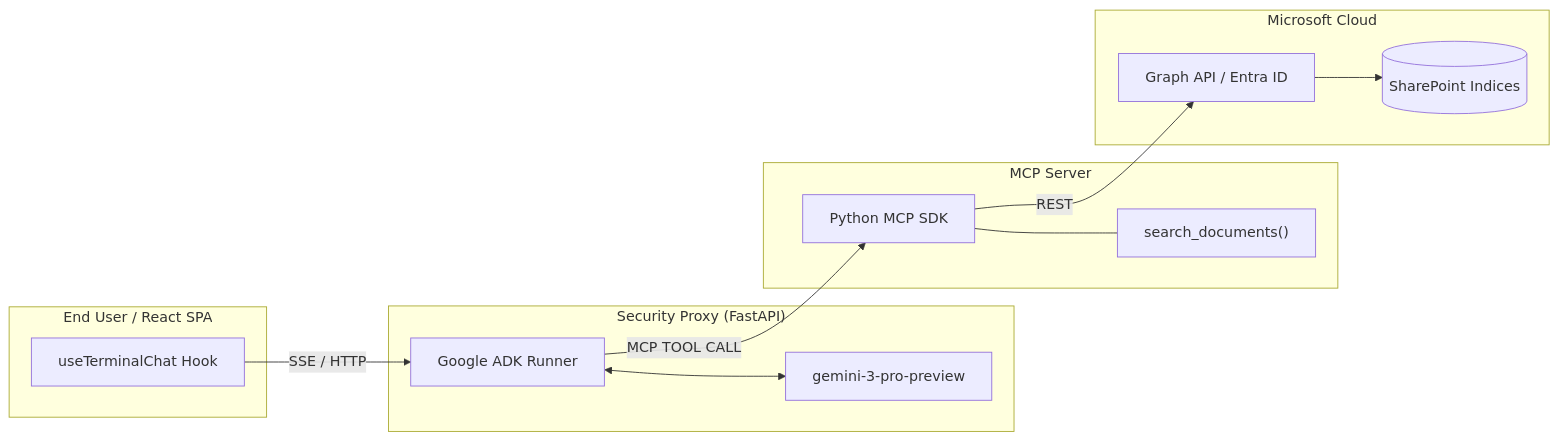
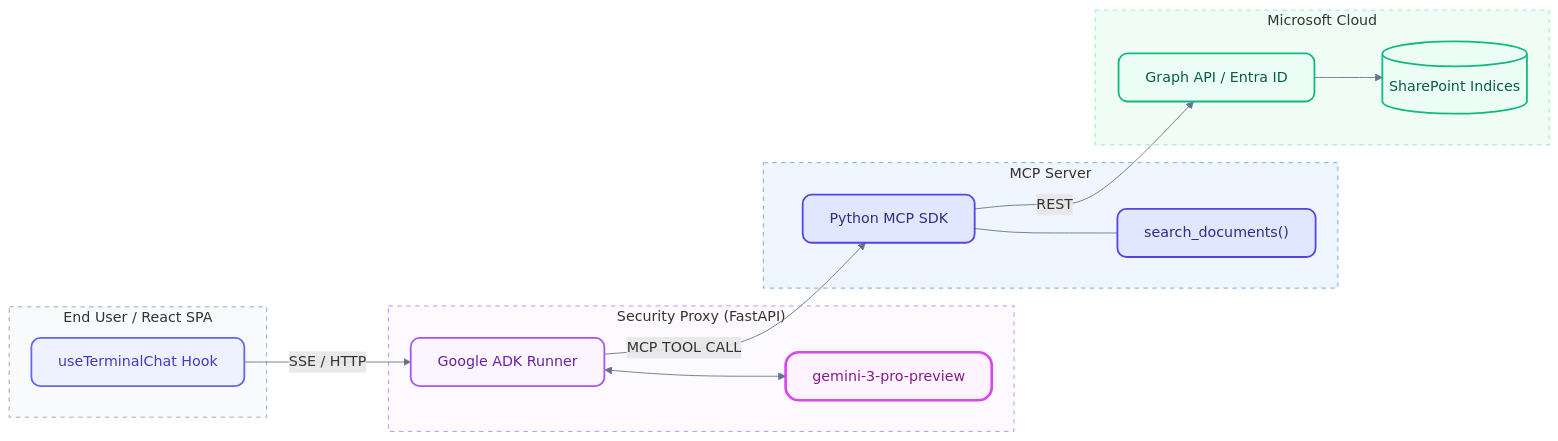
Before and after one commit to jchavezar/vertex-ai-samples: the diagram in antigravity/llm_security_proxy_sharepoint/README.md, drawn with Mermaid.

Commit message:
docs: apply modern styling and colors to architecture diagram

````diff
--- a/antigravity/llm_security_proxy_sharepoint/README.md
+++ b/antigravity/llm_security_proxy_sharepoint/README.md
@@ -21,28 +21,45 @@
 ```mermaid
 flowchart LR
+    %% Styling Definitions
+    classDef default fill:#fff,stroke:#333,stroke-width:1px,color:#333;
+    classDef frontend fill:#eef2ff,stroke:#6366f1,stroke-width:2px,color:#4338ca,rx:10,ry:10;
+    classDef backend fill:#faf5ff,stroke:#a855f7,stroke-width:2px,color:#6b21a8,rx:10,ry:10;
+    classDef gemini fill:#fdf4ff,stroke:#d946ef,stroke-width:3px,color:#86198f,rx:15,ry:15;
+    classDef mcp fill:#e0e7ff,stroke:#4f46e5,stroke-width:2px,color:#312e81,rx:10,ry:10;
+    classDef data fill:#ecfdf5,stroke:#10b981,stroke-width:2px,color:#065f46,rx:10,ry:10;
+
     subgraph Frontend ["End User / React SPA"]
-        A[useTerminalChat Hook]
+        A[useTerminalChat Hook]:::frontend
     end
 
     subgraph Backend ["Security Proxy (FastAPI)"]
-        B[Google ADK Runner]
-        C[gemini-3-pro-preview]
+        B[Google ADK Runner]:::backend
+        C[gemini-3-pro-preview]:::gemini
         B <--> C
     end
 
     subgraph MCP ["MCP Server"]
-        D[Python MCP SDK]
-        D_Tool["search_documents()"]
+        D[Python MCP SDK]:::mcp
+        D_Tool["search_documents()"]:::mcp
         D --- D_Tool
     end
 
     subgraph Data ["Microsoft Cloud"]
-        E[Graph API / Entra ID]
-        F[(SharePoint Indices)]
+        E[Graph API / Entra ID]:::data
+        F[(SharePoint Indices)]:::data
         E --> F
     end
 
     A -- SSE / HTTP --> B
     B -- MCP TOOL CALL --> D
     D -- REST --> E
+
+    %% Link Styling
+    linkStyle default stroke:#64748b,stroke-width:1px,fill:none;
+
+    %% Subgraph Styling
+    style Frontend fill:#f8fafc,stroke:#94a3b8,stroke-width:1px,stroke-dasharray: 5 5
+    style Backend fill:#fcfaff,stroke:#c084fc,stroke-width:1px,stroke-dasharray: 5 5
+    style MCP fill:#eff6ff,stroke:#60a5fa,stroke-width:1px,stroke-dasharray: 5 5
+    style Data fill:#f0fdf4,stroke:#86efac,stroke-width:1px,stroke-dasharray: 5 5
 ```
````
